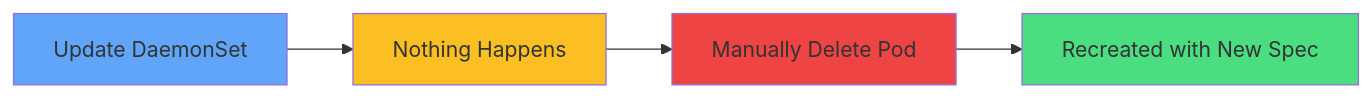
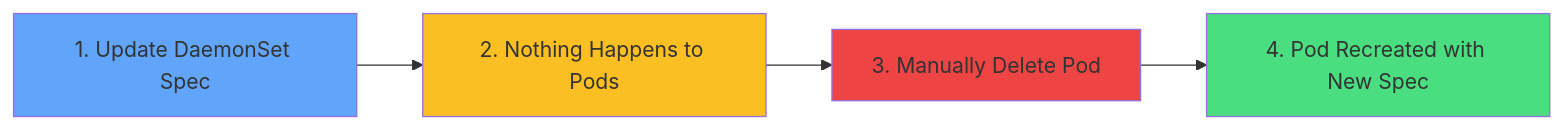
Before and after one commit to courselabs/kubernetes: diagram 14 of 18 in slides/daemonsets/slides.md, drawn with Mermaid. The commit also changed other lines of this file and 7 other files, not shown here.

````diff
--- a/slides/daemonsets/slides.md
+++ b/slides/daemonsets/slides.md
@@ -564,10 +685,11 @@
 ```mermaid
 graph LR
-    U[Update DaemonSet] --> N[Nothing Happens]
-    N --> M[Manually Delete Pod]
-    M --> R[Recreated with New Spec]
+    U[1. Update DaemonSet Spec] --> N[2. Nothing Happens to Pods]
+    N --> M[3. Manually Delete Pod]
+    M --> R[4. Pod Recreated with New Spec]
+
     style U fill:#60a5fa
     style N fill:#fbbf24
     style M fill:#ef4444
     style R fill:#4ade80
 ```
````
